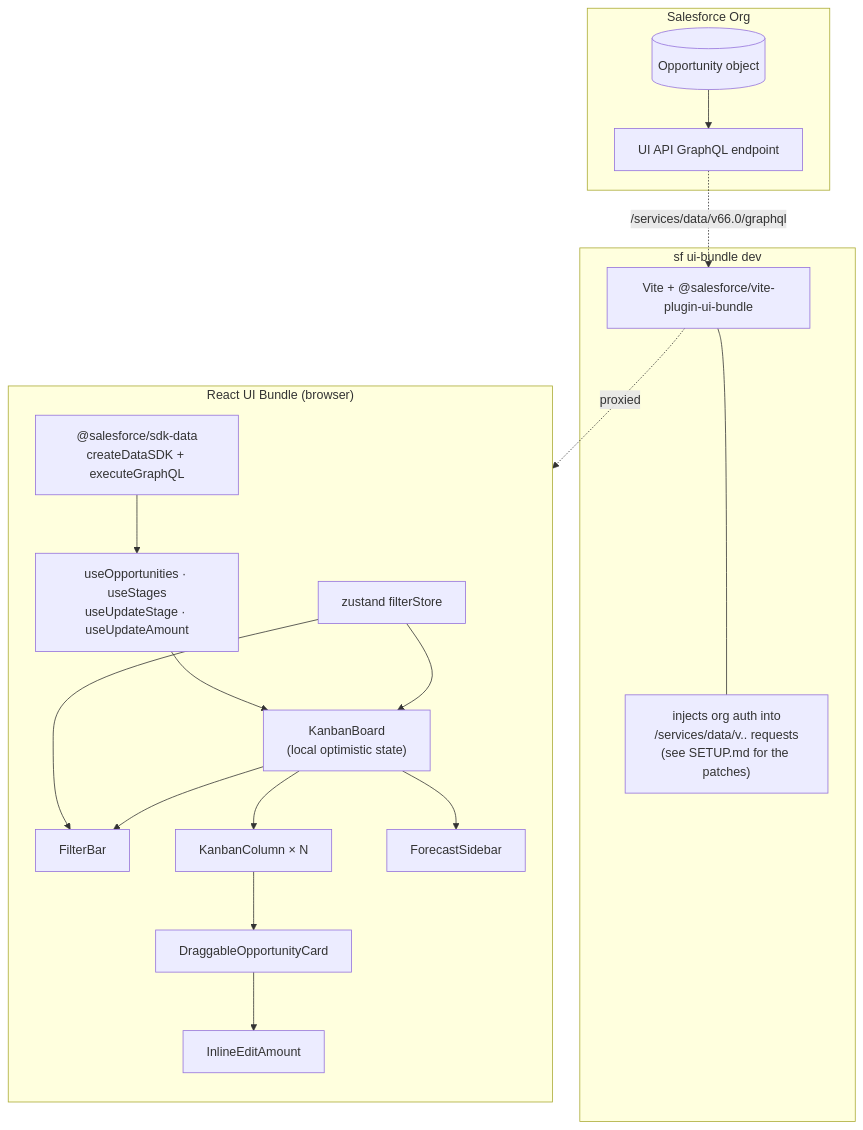
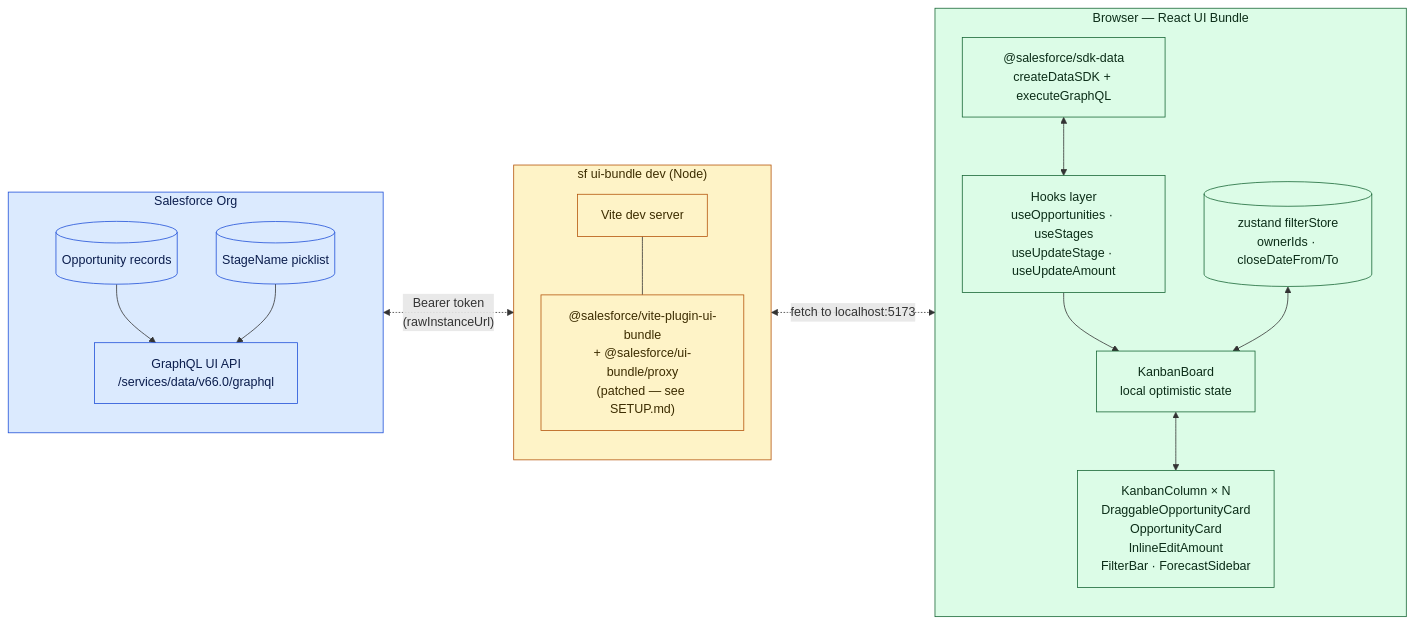
One commit to rammc/sf-react-pipeline-kanban changed the first of 5 diagrams in docs/ARCHITECTURE.md. Above: the diagram before and after it, drawn with Mermaid. The commit also changed other lines of this file, not shown here.

First line of the commit message:
docs: add data-flow sequence diagrams to ARCHITECTURE.md

````diff
--- a/docs/ARCHITECTURE.md
+++ b/docs/ARCHITECTURE.md
@@ -8,40 +8,42 @@
 ```mermaid
-flowchart TB
+flowchart LR
   subgraph SF["Salesforce Org"]
-    Opportunity[(Opportunity object)]
-    GraphQL["UI API GraphQL endpoint"]
+    direction TB
+    Opportunity[(Opportunity records)]
+    Picklist[(StageName picklist)]
+    GraphQL["GraphQL UI API<br/>/services/data/v66.0/graphql"]
     Opportunity --> GraphQL
+    Picklist --> GraphQL
   end
 
-  subgraph Proxy["sf ui-bundle dev"]
-    ViteProxy["Vite + @salesforce/vite-plugin-ui-bundle"]
-    note1["injects org auth into<br/>/services/data/v.. requests<br/>(see SETUP.md for the patches)"]
-    ViteProxy --- note1
+  subgraph Proxy["sf ui-bundle dev (Node)"]
+    direction TB
+    Vite["Vite dev server"]
+    Plugin["@salesforce/vite-plugin-ui-bundle<br/>+ @salesforce/ui-bundle/proxy<br/>(patched — see SETUP.md)"]
+    Vite --- Plugin
   end
 
-  subgraph App["React UI Bundle (browser)"]
+  subgraph Browser["Browser — React UI Bundle"]
     direction TB
     SDK["@salesforce/sdk-data<br/>createDataSDK + executeGraphQL"]
-    Hooks["useOpportunities · useStages<br/>useUpdateStage · useUpdateAmount"]
-    Store["zustand filterStore"]
-    Board["KanbanBoard<br/>(local optimistic state)"]
-    Filter["FilterBar"]
-    Forecast["ForecastSidebar"]
-    Column["KanbanColumn × N"]
-    Card["DraggableOpportunityCard"]
-    Inline["InlineEditAmount"]
+    Hooks["Hooks layer<br/>useOpportunities · useStages<br/>useUpdateStage · useUpdateAmount"]
+    Store[("zustand filterStore<br/>ownerIds · closeDateFrom/To")]
+    Board["KanbanBoard<br/>local optimistic state"]
+    Cmp["KanbanColumn × N<br/>DraggableOpportunityCard<br/>OpportunityCard<br/>InlineEditAmount<br/>FilterBar · ForecastSidebar"]
 
-    SDK --> Hooks
+    SDK <--> Hooks
     Hooks --> Board
-    Store --> Board
-    Store --> Filter
-    Board --> Filter
-    Board --> Column
-    Board --> Forecast
-    Column --> Card
-    Card --> Inline
+    Store <--> Board
+    Board <--> Cmp
   end
 
-  GraphQL -. "/services/data/v66.0/graphql" .-> ViteProxy
-  ViteProxy -. proxied -.-> SDK
+  GraphQL <-. "Bearer token<br/>(rawInstanceUrl)" .-> Plugin
+  Plugin <-. "fetch to localhost:5173" .-> SDK
+
+  classDef sf fill:#dbeafe,stroke:#1d4ed8,color:#0b1d4d
+  classDef proxy fill:#fef3c7,stroke:#b45309,color:#3c2c00
+  classDef browser fill:#dcfce7,stroke:#166534,color:#0c2d18
+  class SF,Opportunity,Picklist,GraphQL sf
+  class Proxy,Vite,Plugin proxy
+  class Browser,SDK,Hooks,Store,Board,Cmp browser
 ```
````
